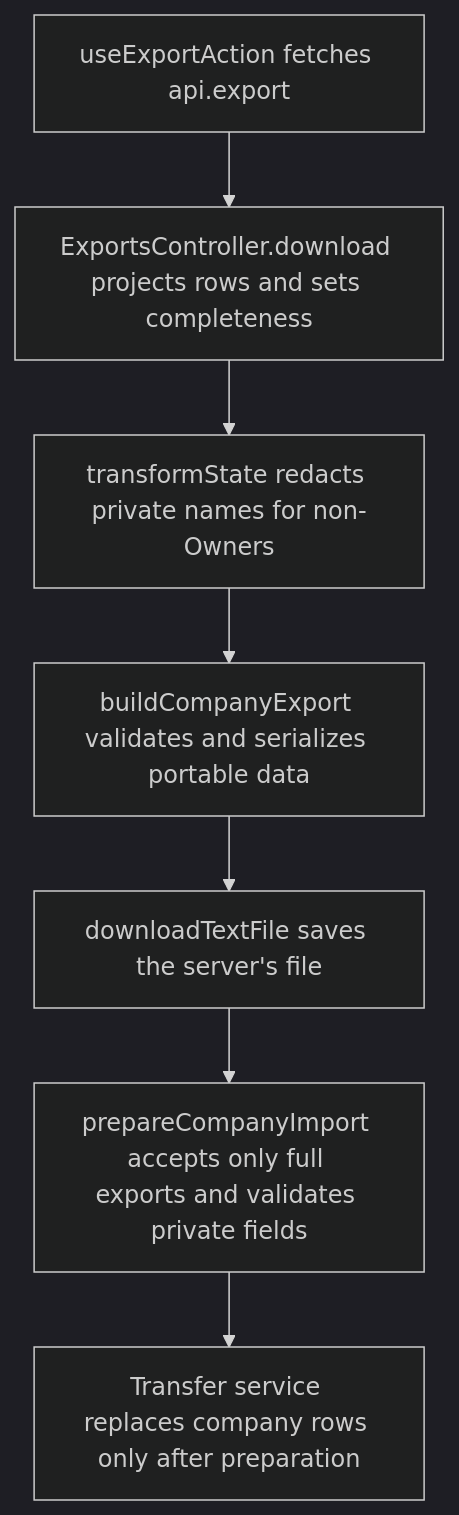
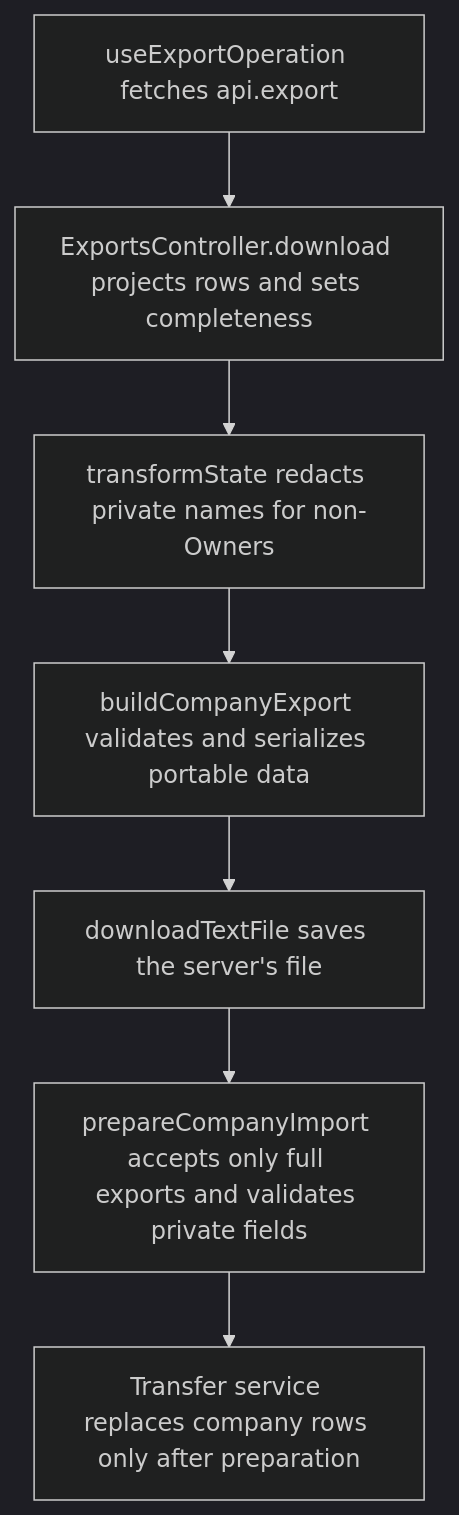
One commit to Kevinjohn/capacitylens changed the second of 2 diagrams in user-stories/data/US-DAT-07-private-name-portability.md. Above: the diagram before and after it, drawn with Mermaid (dark theme). The commit also changed other lines of this file and 50 other files, not shown here.

First line of the commit message:
Action to operation: rename non-store action hooks and components

````diff
--- a/user-stories/data/US-DAT-07-private-name-portability.md
+++ b/user-stories/data/US-DAT-07-private-name-portability.md
@@ -29,9 +29,9 @@
 ```mermaid
 flowchart TD
-  fetch["useExportAction fetches api.export"] --> role["ExportsController.download projects rows and sets completeness"]
+  fetch["useExportOperation fetches api.export"] --> role["ExportsController.download projects rows and sets completeness"]
   role --> project["transformState redacts private names for non-Owners"]
   project --> beta["buildCompanyExport validates and serializes portable data"]
   beta --> file["downloadTextFile saves the server's file"]
   file --> import["prepareCompanyImport accepts only full exports and validates private fields"]
   import --> replace["Transfer service replaces company rows only after preparation"]
 ```
````
